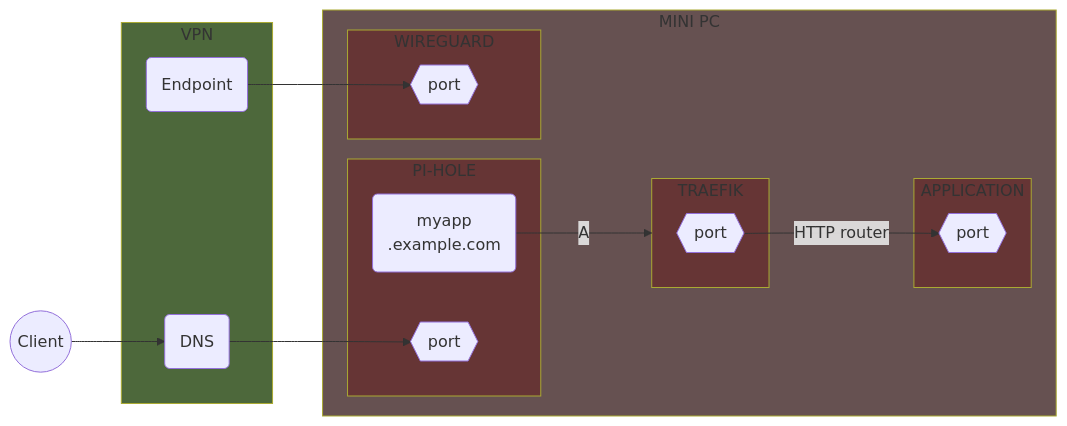
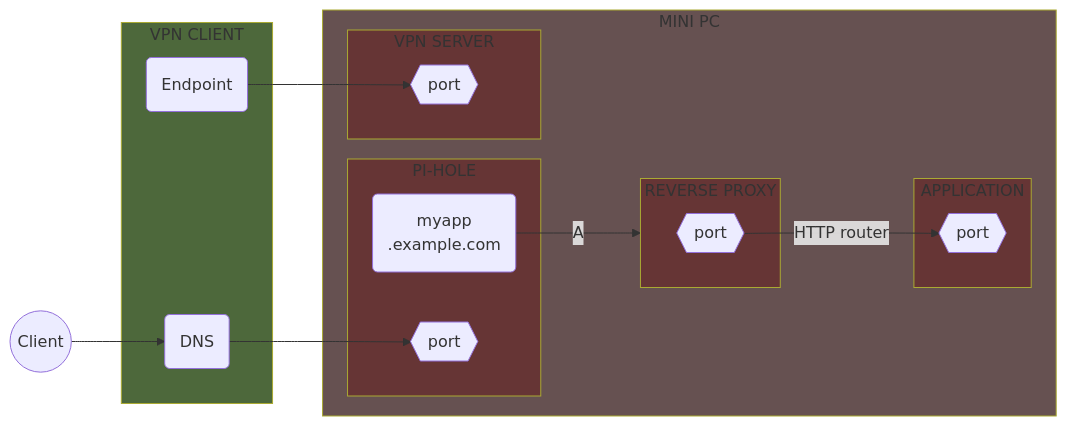
One commit to Yann39/self-hosted-n100 changed the third of 31 diagrams in README.md. Above: the diagram before and after it, drawn with Mermaid. The commit also changed other lines of this file, not shown here.

````diff
--- a/README.md
+++ b/README.md
@@ -649,47 +657,47 @@
 ```mermaid
 flowchart LR
     style VPN fill: #4d683b
     style TRAEFIK_CONTAINER fill: #663535
     style PI_HOLE fill: #663535
     style APPLICATION fill: #663535
     style WIREGUARD fill: #663535
     style SERVER_DEVICE fill: #665151
     CLIENT((Client))
     VPN_CLIENT(DNS)
     VPN_ENDPOINT(Endpoint)
     PIHOLE_DNS_MYAPP(myapp\n.example.com)
     DOCKER_TRAEFIK_PORT{{port}}
     APPLICATION_PORT{{port}}
     WIREGUARD_PORT{{port}}
     PIHOLE_DNS{{port}}
 
-    subgraph VPN[VPN]
+    subgraph VPN[VPN CLIENT]
         VPN_CLIENT
         VPN_ENDPOINT
     end
 
     subgraph SERVER_DEVICE[MINI PC]
         subgraph PI_HOLE[PI-HOLE]
             PIHOLE_DNS
             PIHOLE_DNS_MYAPP
         end
 
-        subgraph TRAEFIK_CONTAINER[TRAEFIK]
+        subgraph TRAEFIK_CONTAINER[REVERSE PROXY]
             DOCKER_TRAEFIK_PORT
         end
 
         subgraph APPLICATION[APPLICATION]
             APPLICATION_PORT
         end
 
-        subgraph WIREGUARD[WIREGUARD]
+        subgraph WIREGUARD[VPN SERVER]
             WIREGUARD_PORT
         end
     end
 
     VPN_ENDPOINT --> WIREGUARD_PORT
     CLIENT --> VPN_CLIENT
     VPN_CLIENT --> PIHOLE_DNS
     PIHOLE_DNS_MYAPP --->|A| TRAEFIK_CONTAINER
     DOCKER_TRAEFIK_PORT -->|HTTP router| APPLICATION_PORT
 ```
````
